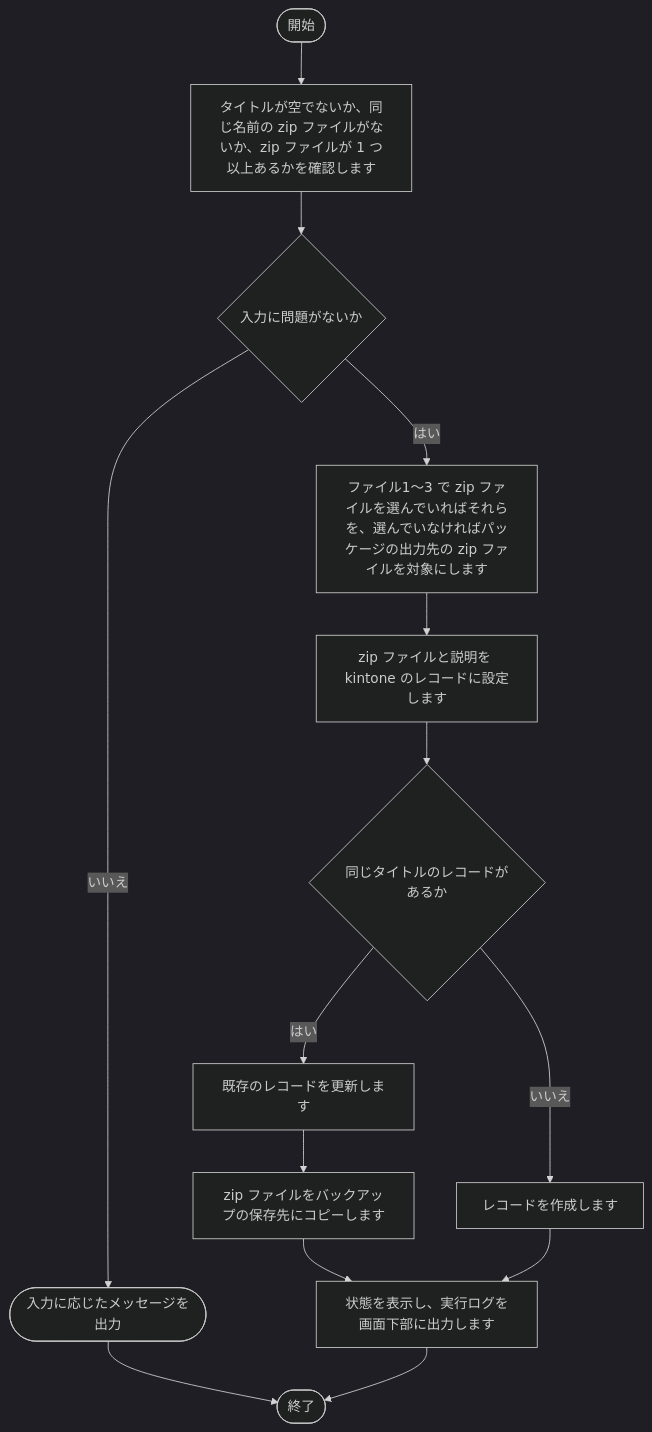
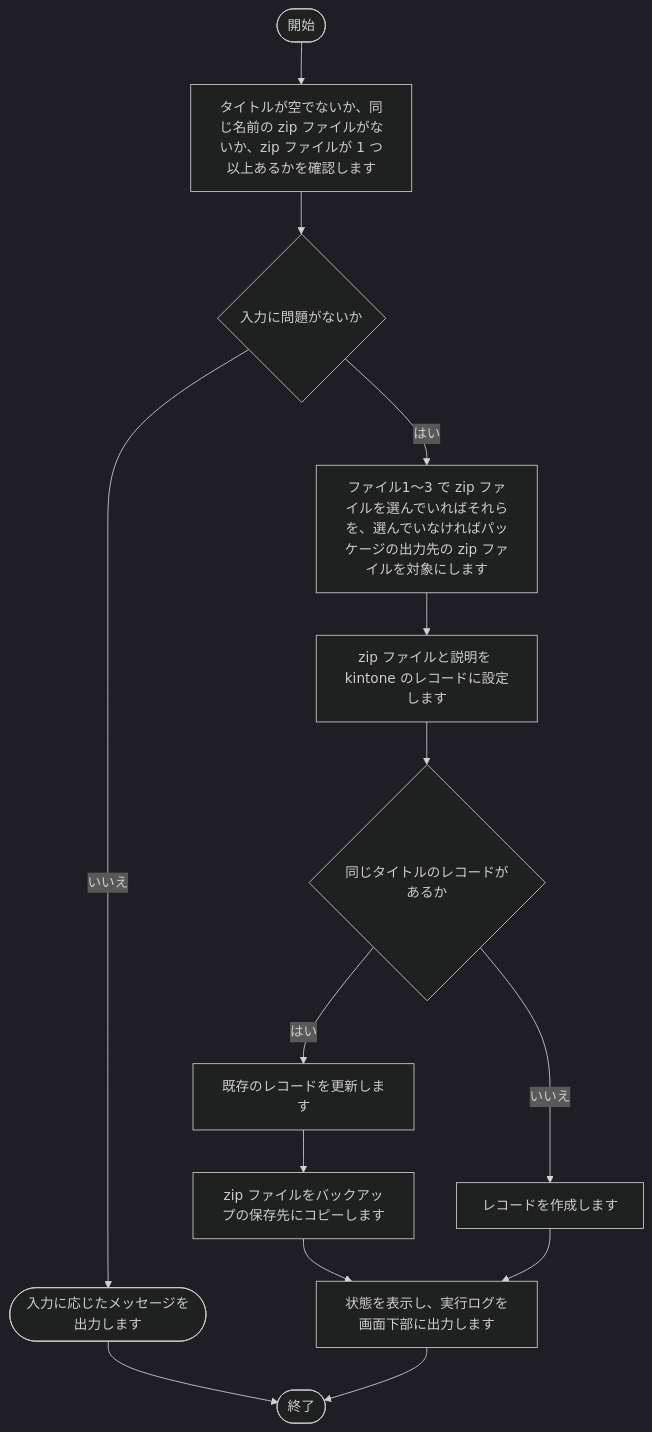
The third of 13 diagrams in tool/package-generator/doc/02_設計/処理フロー.md (nishida2073/project_management), drawn with Mermaid (dark theme) before and after one commit. The commit also changed other lines of this file and 4 other files, not shown here.

````diff
--- a/tool/package-generator/doc/02_設計/処理フロー.md
+++ b/tool/package-generator/doc/02_設計/処理フロー.md
@@ -104,28 +104,28 @@
 ```mermaid
 flowchart TD
     S(["開始"])
     E(["終了"])
     N1["タイトルが空でないか、同じ名前の zip ファイルがないか、zip ファイルが 1 つ以上あるかを確認します"]
     S --> N1
     N2{"入力に問題がないか"}
     N1 --> N2
-    X1(["入力に応じたメッセージを出力"])
+    X1(["入力に応じたメッセージを出力します"])
     N2 -- いいえ --> X1
     X1 --> E
     N3["ファイル1〜3 で zip ファイルを選んでいればそれらを、選んでいなければパッケージの出力先の zip ファイルを対象にします"]
     N2 -- はい --> N3
     N4["zip ファイルと説明を kintone のレコードに設定します"]
     N3 --> N4
     N5{"同じタイトルのレコードがあるか"}
     N4 --> N5
     N5U["既存のレコードを更新します"]
     N5 -- はい --> N5U
     N5C["レコードを作成します"]
     N5 -- いいえ --> N5C
     N5B["zip ファイルをバックアップの保存先にコピーします"]
     N5U --> N5B
     N6["状態を表示し、実行ログを画面下部に出力します"]
     N5B --> N6
     N5C --> N6
     N6 --> E
 ```
````
